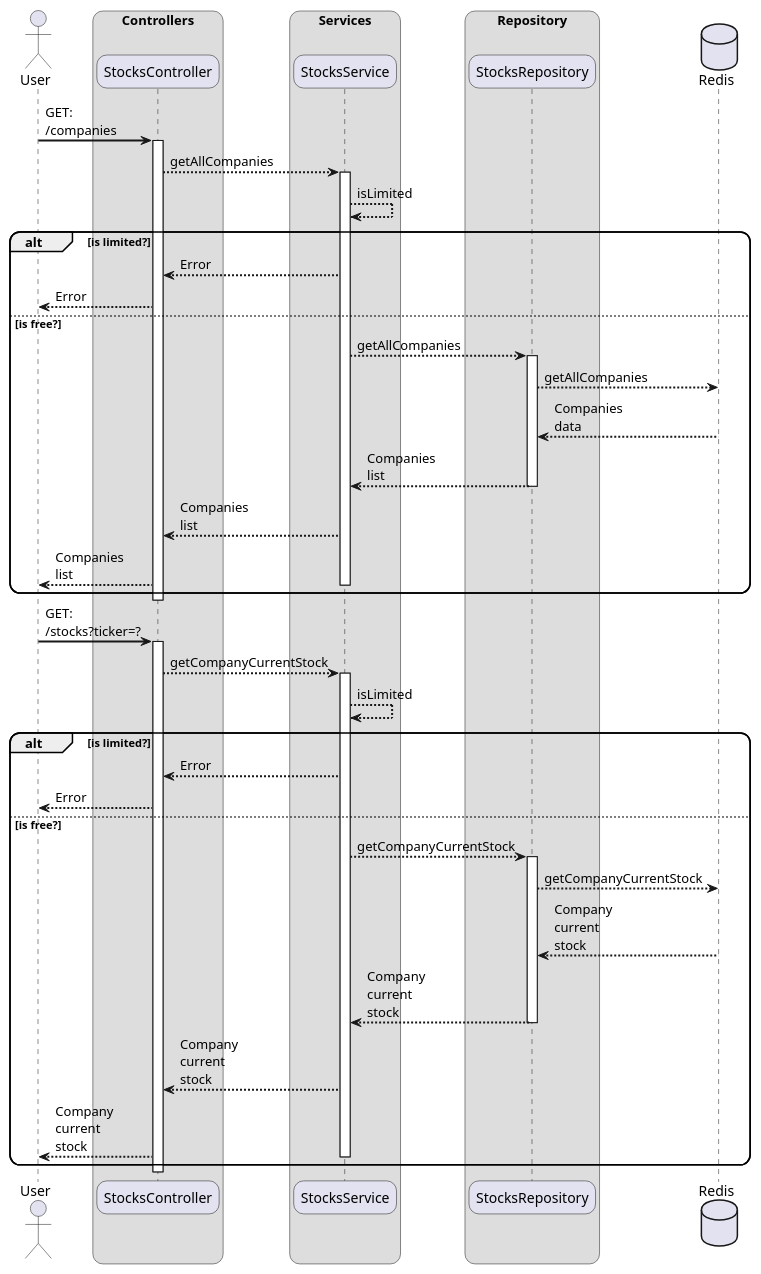
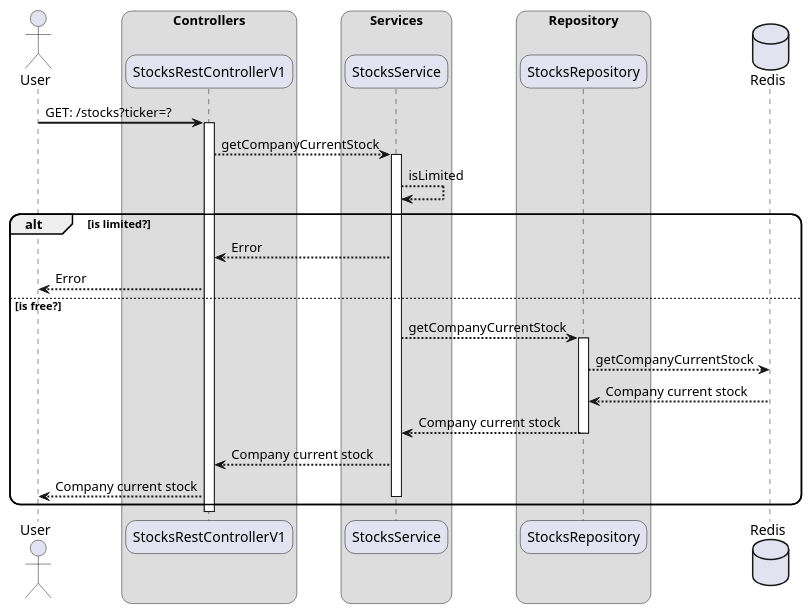
Before and after one commit to Viterg/stocks-feed: the diagram in docs/Stocks.puml, drawn with PlantUML. The commit also changed 22 other files, not shown here.

```diff
--- a/docs/Stocks.puml
+++ b/docs/Stocks.puml
@@ -1,65 +1,41 @@
 @startuml
 skinparam sequenceArrowThickness 2
 skinparam roundcorner 20
-skinparam maxmessagesize 60
 
 actor User
 database Redis as Cache order 80
 
 box "Controllers"
-participant StocksController as SC
+participant StocksRestControllerV1 as SC
 end box
 
 box "Services"
 participant StocksService as SS
 end box
 
 box "Repository"
 participant StocksRepository as SR
 end box
-
-User -> SC: GET: /companies
-activate SC
-SC --> SS: getAllCompanies
-activate SS
-SS --> SS: isLimited
-alt is limited?
-SS --> SC: Error
-SC --> User: Error
-else is free?
-SS --> SR: getAllCompanies
-activate SR
-SR --> Cache: getAllCompanies
-Cache --> SR: Companies data
-SR --> SS: Companies list
-deactivate SR
-SS --> SC: Companies list
-deactivate SR
-SC --> User: Companies list
-deactivate SS
-end
-deactivate SC
 
 User -> SC: GET: /stocks?ticker=?
 activate SC
 SC --> SS: getCompanyCurrentStock
 activate SS
 SS --> SS: isLimited
 alt is limited?
 SS --> SC: Error
 SC --> User: Error
 else is free?
 SS --> SR: getCompanyCurrentStock
 activate SR
 SR --> Cache: getCompanyCurrentStock
 Cache --> SR: Company current stock
 SR --> SS: Company current stock
 deactivate SR
 SS --> SC: Company current stock
 deactivate SR
 SC --> User: Company current stock
 deactivate SS
 end
 deactivate SC
-
 @enduml
```
